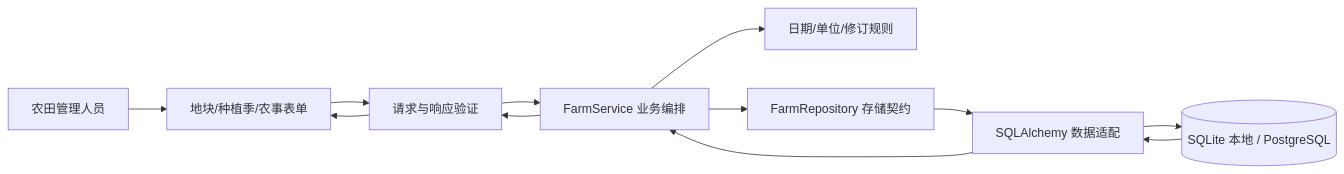
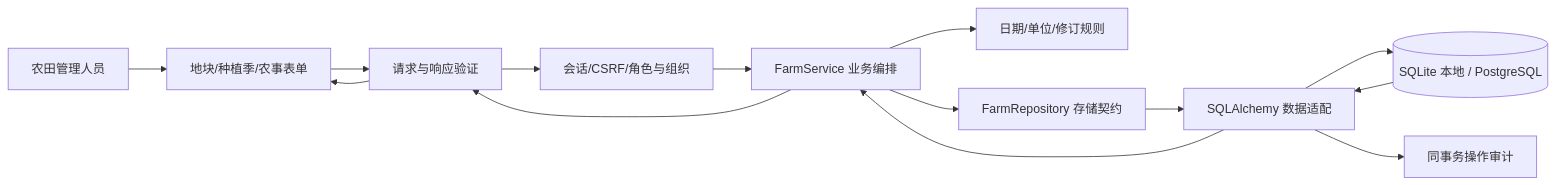
Before and after one commit to TensorJade/crop-digital-twin: the diagram in docs/modules/farm-management.md, drawn with Mermaid. The commit also changed other lines of this file and 84 other files, not shown here.

````diff
--- a/docs/modules/farm-management.md
+++ b/docs/modules/farm-management.md
@@ -9,11 +9,13 @@
 ```mermaid
 flowchart LR
   U[农田管理人员] --> UI[地块/种植季/农事表单]
   UI --> API[请求与响应验证]
-  API --> S[FarmService 业务编排]
+  API --> AUTH[会话/CSRF/角色与组织]
+  AUTH --> S[FarmService 业务编排]
   S --> D[日期/单位/修订规则]
   S --> R[FarmRepository 存储契约]
   R --> SQL[SQLAlchemy 数据适配]
   SQL --> DB[(SQLite 本地 / PostgreSQL)]
+  SQL --> AUDIT[同事务操作审计]
   DB --> SQL --> S --> API --> UI
 ```
````
